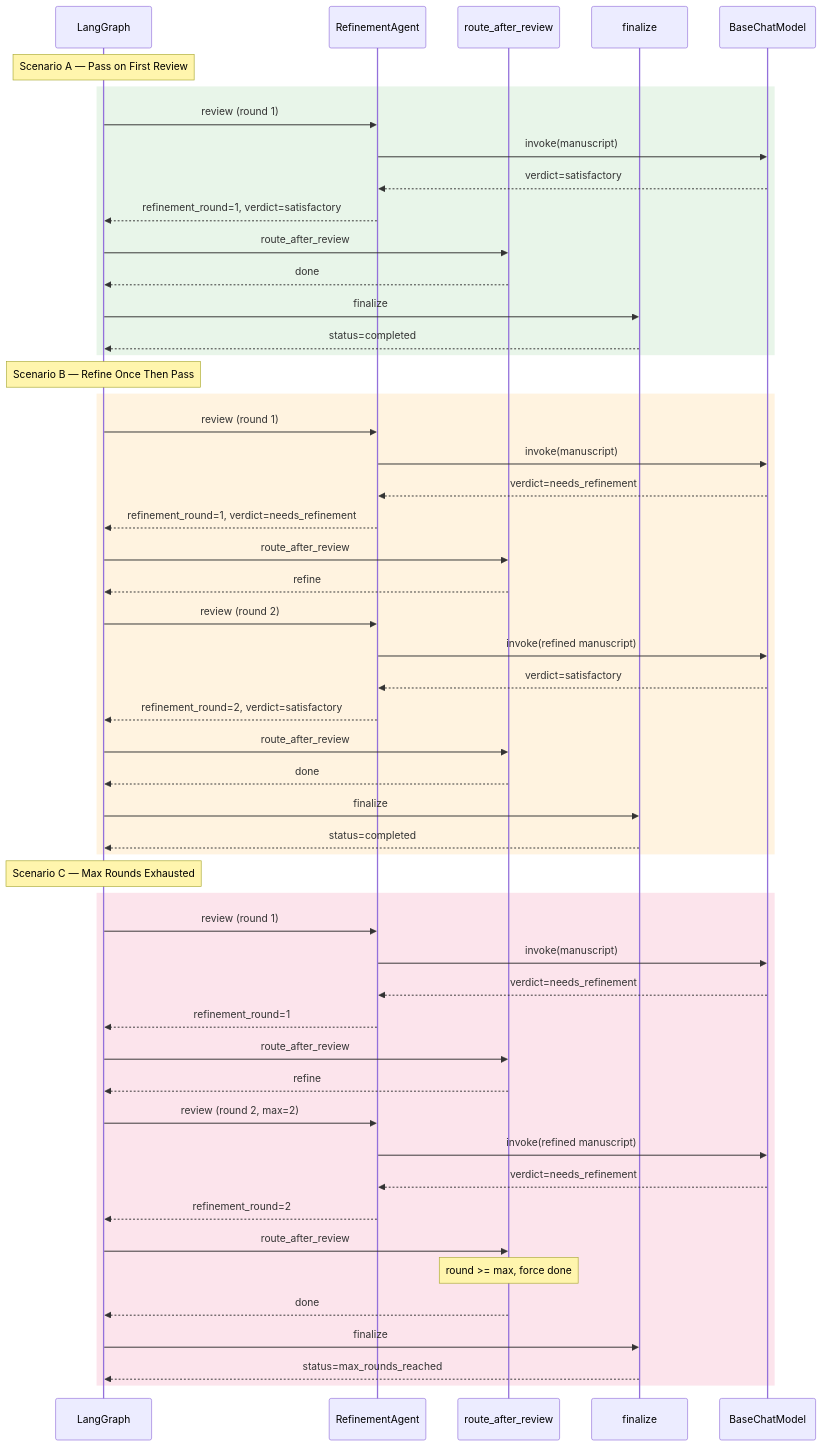
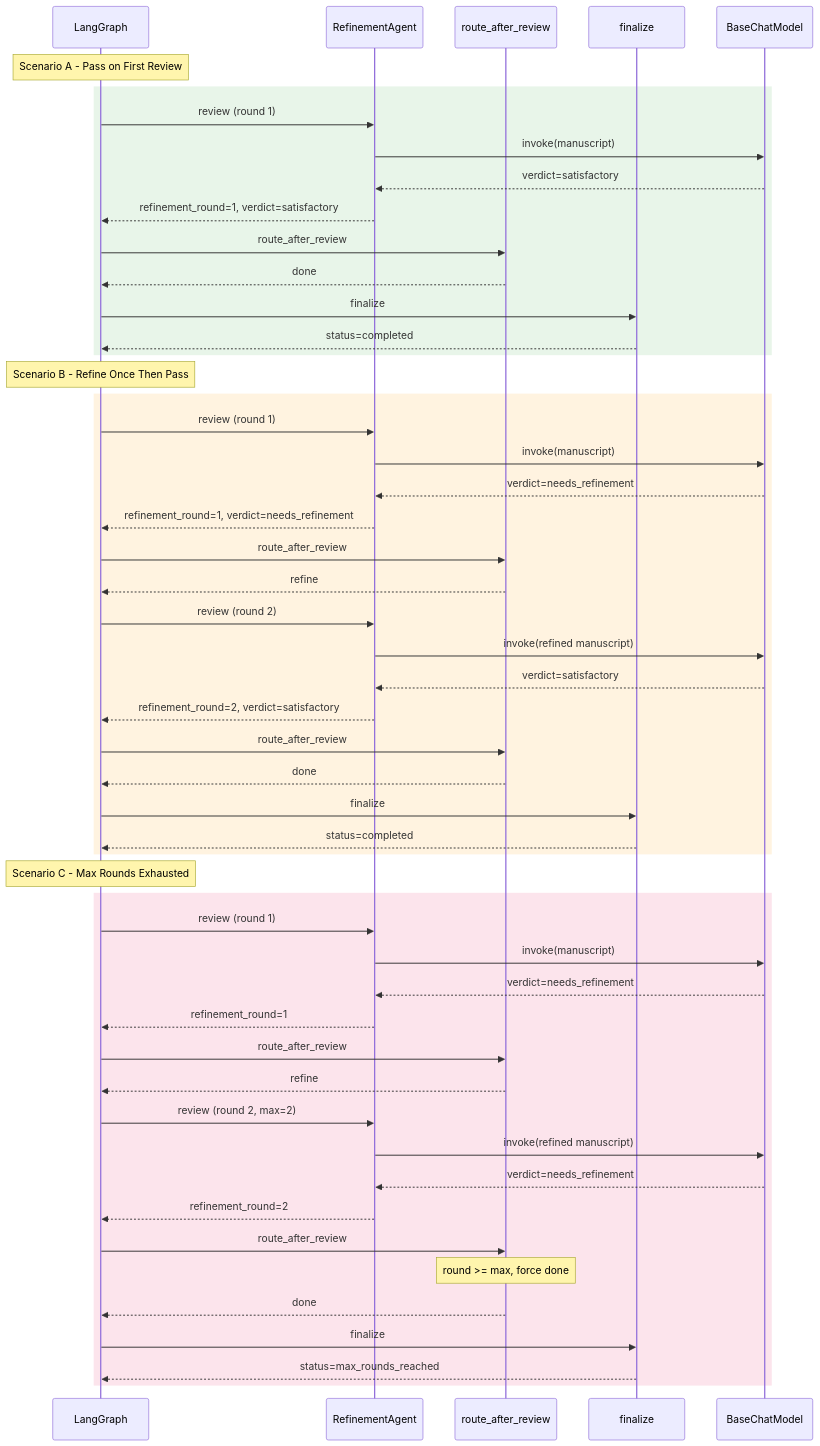
One commit to dimitarpg13/agentic_architectures_and_design_patterns changed diagram 11 of 14 in notebooks/research_paper_creation/docs/research_paper_agentic_workflow_diagrams.md. Above: the diagram before and after it, drawn with Mermaid. The commit also changed other lines of this file, not shown here.

Commit message:
fix mermaid rendering errors in markdown

````diff
--- a/notebooks/research_paper_creation/docs/research_paper_agentic_workflow_diagrams.md
+++ b/notebooks/research_paper_creation/docs/research_paper_agentic_workflow_diagrams.md
@@ -682,59 +651,59 @@
 ```mermaid
 sequenceDiagram
     participant LG as LangGraph
     participant RA as RefinementAgent
     participant RT as route_after_review
     participant FN as finalize
     participant LLM as BaseChatModel
 
-    Note over LG: Scenario A — Pass on First Review
+    Note over LG: Scenario A - Pass on First Review
     rect rgb(232, 245, 233)
         LG->>RA: review (round 1)
         RA->>LLM: invoke(manuscript)
         LLM-->>RA: verdict=satisfactory
         RA-->>LG: refinement_round=1, verdict=satisfactory
         LG->>RT: route_after_review
         RT-->>LG: done
         LG->>FN: finalize
         FN-->>LG: status=completed
     end
 
-    Note over LG: Scenario B — Refine Once Then Pass
+    Note over LG: Scenario B - Refine Once Then Pass
     rect rgb(255, 243, 224)
         LG->>RA: review (round 1)
         RA->>LLM: invoke(manuscript)
         LLM-->>RA: verdict=needs_refinement
         RA-->>LG: refinement_round=1, verdict=needs_refinement
         LG->>RT: route_after_review
         RT-->>LG: refine
 
         LG->>RA: review (round 2)
         RA->>LLM: invoke(refined manuscript)
         LLM-->>RA: verdict=satisfactory
         RA-->>LG: refinement_round=2, verdict=satisfactory
         LG->>RT: route_after_review
         RT-->>LG: done
         LG->>FN: finalize
         FN-->>LG: status=completed
     end
 
-    Note over LG: Scenario C — Max Rounds Exhausted
+    Note over LG: Scenario C - Max Rounds Exhausted
     rect rgb(252, 228, 236)
         LG->>RA: review (round 1)
         RA->>LLM: invoke(manuscript)
         LLM-->>RA: verdict=needs_refinement
         RA-->>LG: refinement_round=1
         LG->>RT: route_after_review
         RT-->>LG: refine
 
         LG->>RA: review (round 2, max=2)
         RA->>LLM: invoke(refined manuscript)
         LLM-->>RA: verdict=needs_refinement
         RA-->>LG: refinement_round=2
         LG->>RT: route_after_review
         Note over RT: round >= max, force done
         RT-->>LG: done
         LG->>FN: finalize
         FN-->>LG: status=max_rounds_reached
     end
 ```
````
